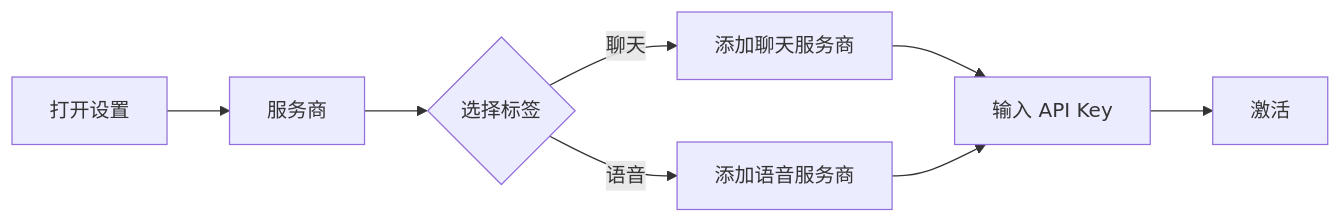
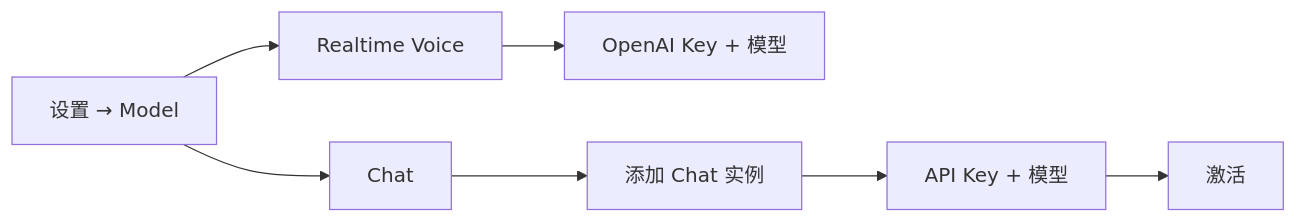
One commit to openrocky/openrocky.github.io changed the second of 2 diagrams in i18n/zh-Hans/docusaurus-plugin-content-docs/current/guides/providers.md. Above: the diagram before and after it, drawn with Mermaid. The commit also changed other lines of this file and 7 other files, not shown here.

First line of the commit message:
docs: sync to single-track voice architecture

````diff
--- a/i18n/zh-Hans/docusaurus-plugin-content-docs/current/guides/providers.md
+++ b/i18n/zh-Hans/docusaurus-plugin-content-docs/current/guides/providers.md
@@ -119,10 +98,9 @@
 ```mermaid
 graph LR
-    A["打开设置"] --> B["服务商"]
-    B --> C{"选择标签"}
-    C -->|聊天| D["添加聊天服务商"]
-    C -->|语音| E["添加语音服务商"]
-    D --> F["输入 API Key"]
-    E --> F
-    F --> G["激活"]
+    A["设置 → Model"] --> RT["Realtime Voice"]
+    A --> CH["Chat"]
+    RT --> KEY1["OpenAI Key + 模型"]
+    CH --> ADD["添加 Chat 实例"]
+    ADD --> KEY2["API Key + 模型"]
+    KEY2 --> ACT["激活"]
 ```
````
